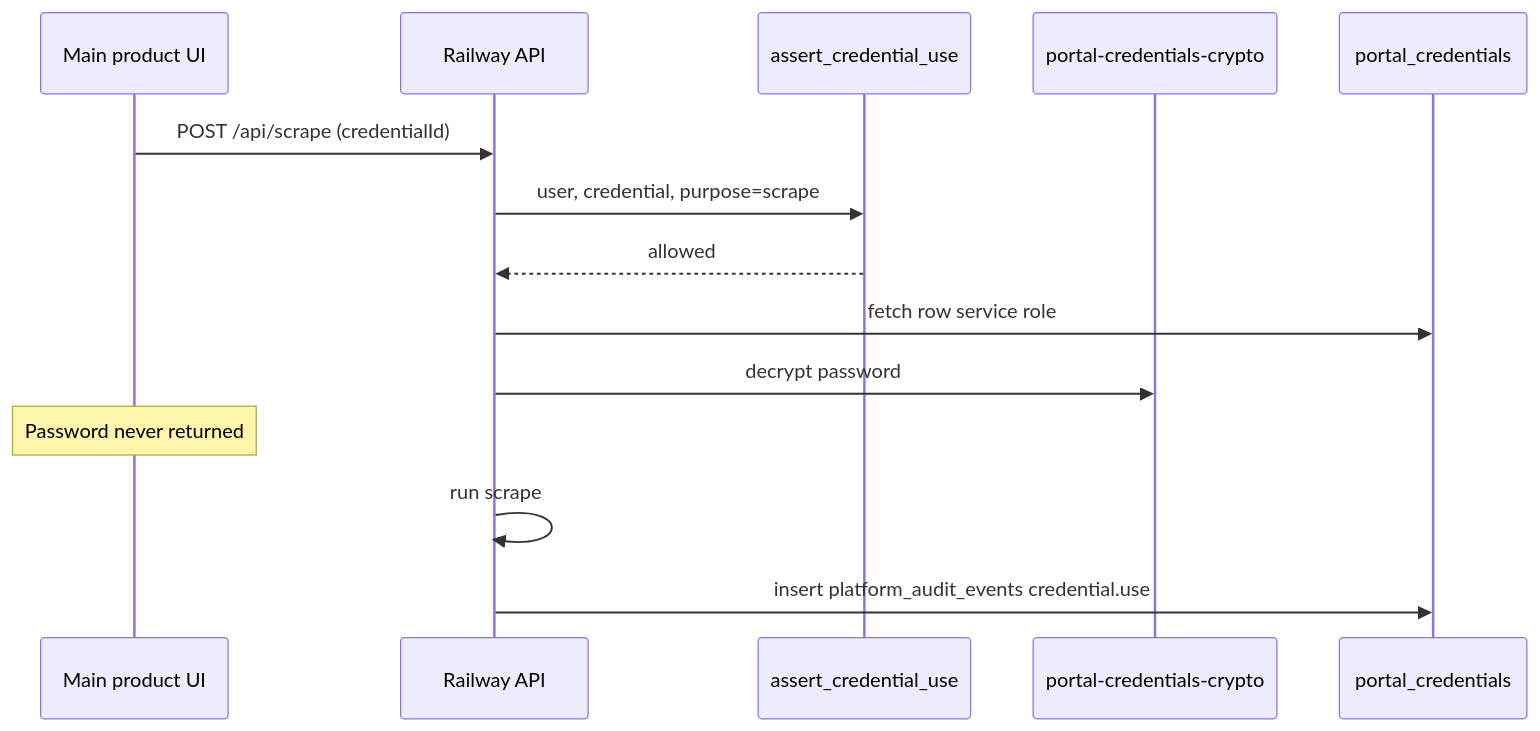
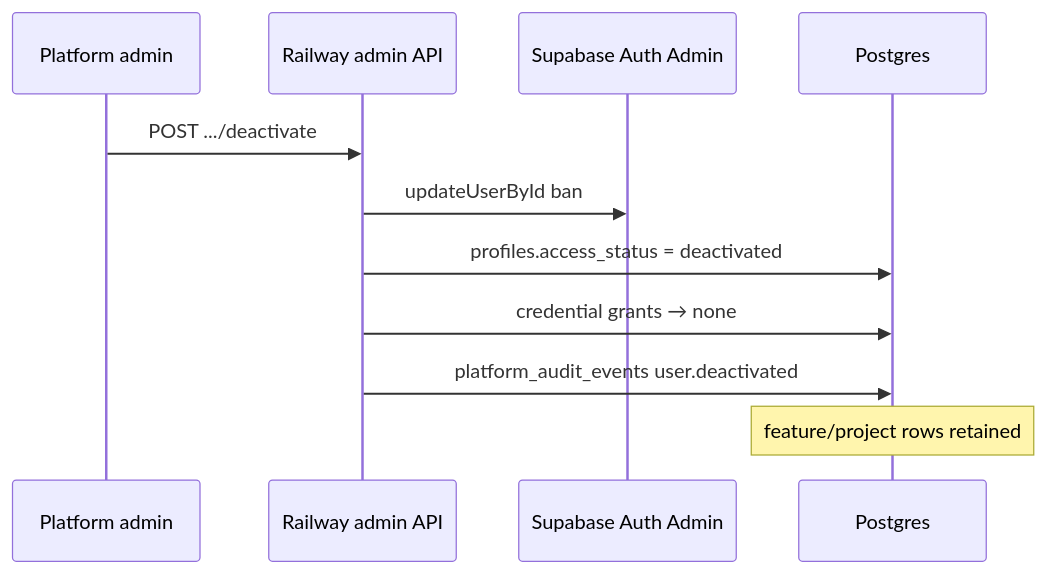
One commit to epermitarthouse-rgb/Epermit-main changed the diagram in docs/admin-dashboard/ADMIN_DATA_AND_API_CONTRACTS.md. Above: the diagram before and after it, drawn with Mermaid. The commit also changed other lines of this file and 8 other files, not shown here.

First line of the commit message:
Finalize admin governance architecture v2.1 corrections.

````diff
--- a/docs/admin-dashboard/ADMIN_DATA_AND_API_CONTRACTS.md
+++ b/docs/admin-dashboard/ADMIN_DATA_AND_API_CONTRACTS.md
@@ -150,17 +195,14 @@
 ```mermaid
 sequenceDiagram
-  participant Product as Main product UI
-  participant API as Railway API
-  participant Assert as assert_credential_use
-  participant Crypto as portal-credentials-crypto
-  participant DB as portal_credentials
+  participant Admin as Platform admin
+  participant API as Railway admin API
+  participant Auth as Supabase Auth Admin
+  participant DB as Postgres
 
-  Product->>API: POST /api/scrape (credentialId)
-  API->>Assert: user, credential, purpose=scrape
-  Assert-->>API: allowed
-  API->>DB: fetch row service role
-  API->>Crypto: decrypt password
-  Note over Product: Password never returned
-  API->>API: run scrape
-  API->>DB: insert platform_audit_events credential.use
+  Admin->>API: POST .../deactivate
+  API->>Auth: updateUserById ban
+  API->>DB: profiles.access_status = deactivated
+  API->>DB: credential grants → none
+  API->>DB: platform_audit_events user.deactivated
+  Note over DB: feature/project rows retained
 ```
````
